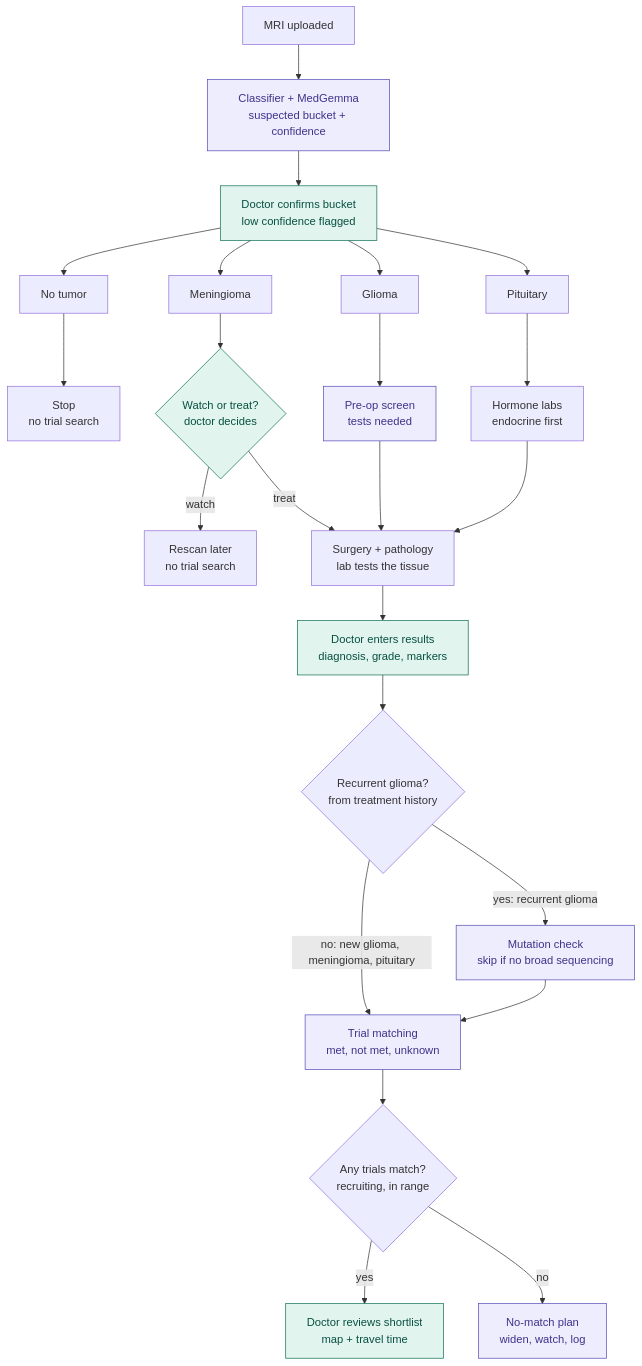
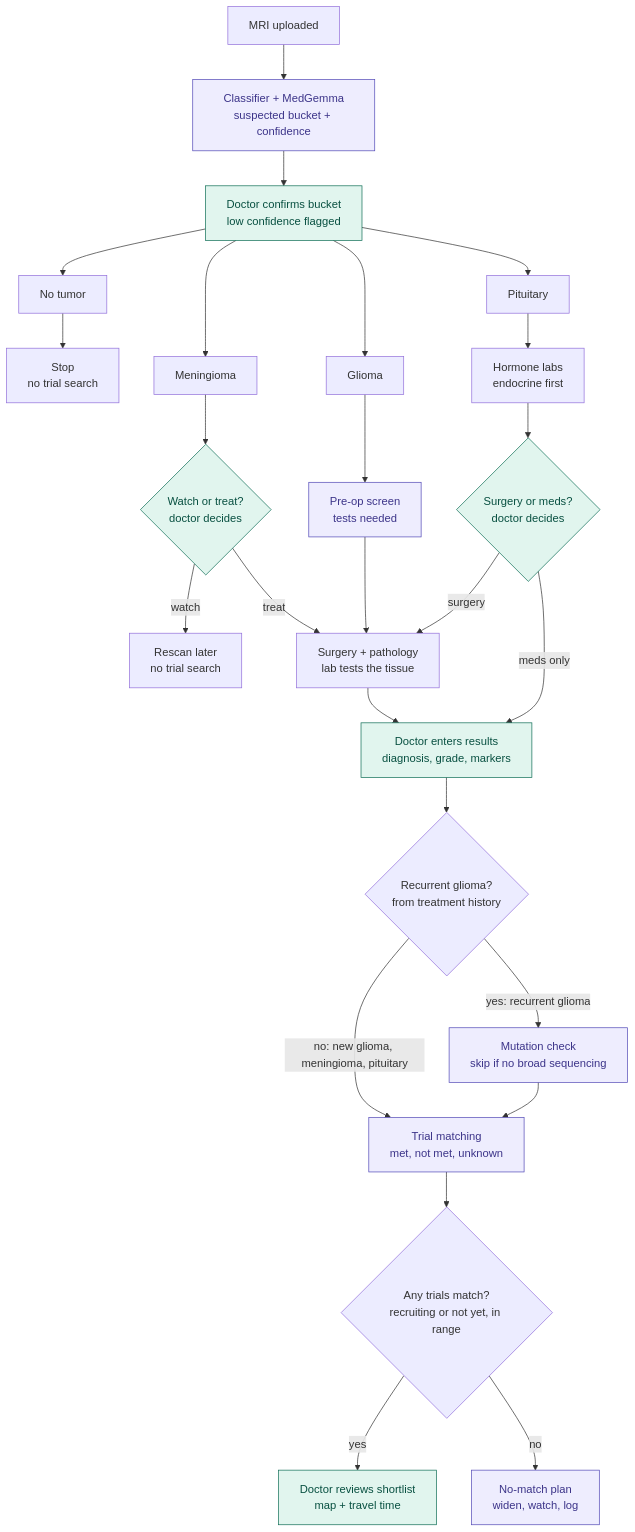
The diagram in README.md (mohjique/cortexa), drawn with Mermaid before and after one commit. The commit also changed 11 other files, not shown here.

First line of the commit message:
Add missing interface schemas, both trial statuses, synthetic demo cache, pituitary meds-only path

````diff
--- a/README.md
+++ b/README.md
@@ -18,29 +18,31 @@
 ```mermaid
 flowchart TD
     A[MRI uploaded] --> B["Classifier + MedGemma<br/>suspected bucket + confidence"]
     B --> C["Doctor confirms bucket<br/>low confidence flagged"]
 
     C --> NT[No tumor] --> STOP["Stop<br/>no trial search"]
     C --> MEN[Meningioma] --> WT{"Watch or treat?<br/>doctor decides"}
     WT -- watch --> RESCAN["Rescan later<br/>no trial search"]
     WT -- treat --> SP
     C --> GL[Glioma] --> PRE["Pre-op screen<br/>tests needed"]
     PRE --> SP
     C --> PIT[Pituitary] --> HL["Hormone labs<br/>endocrine first"]
-    HL --> SP
+    HL --> SM{"Surgery or meds?<br/>doctor decides"}
+    SM -- surgery --> SP
+    SM -- "meds only" --> DR
 
     SP["Surgery + pathology<br/>lab tests the tissue"] --> DR["Doctor enters results<br/>diagnosis, grade, markers"]
     DR --> REC{"Recurrent glioma?<br/>from treatment history"}
     REC -- "no: new glioma, meningioma, pituitary" --> TM
     REC -- "yes: recurrent glioma" --> MC["Mutation check<br/>skip if no broad sequencing"]
     MC --> TM
 
-    TM["Trial matching<br/>met, not met, unknown"] --> ANY{"Any trials match?<br/>recruiting, in range"}
+    TM["Trial matching<br/>met, not met, unknown"] --> ANY{"Any trials match?<br/>recruiting or not yet, in range"}
     ANY -- yes --> SL["Doctor reviews shortlist<br/>map + travel time"]
     ANY -- no --> NM["No-match plan<br/>widen, watch, log"]
 
     classDef ai fill:#EEEDFE,stroke:#534AB7,color:#3C3489
     classDef doc fill:#E1F5EE,stroke:#0F6E56,color:#085041
     class B,PRE,MC,TM,NM ai
-    class C,WT,DR,SL doc
+    class C,WT,SM,DR,SL doc
 ```
````
